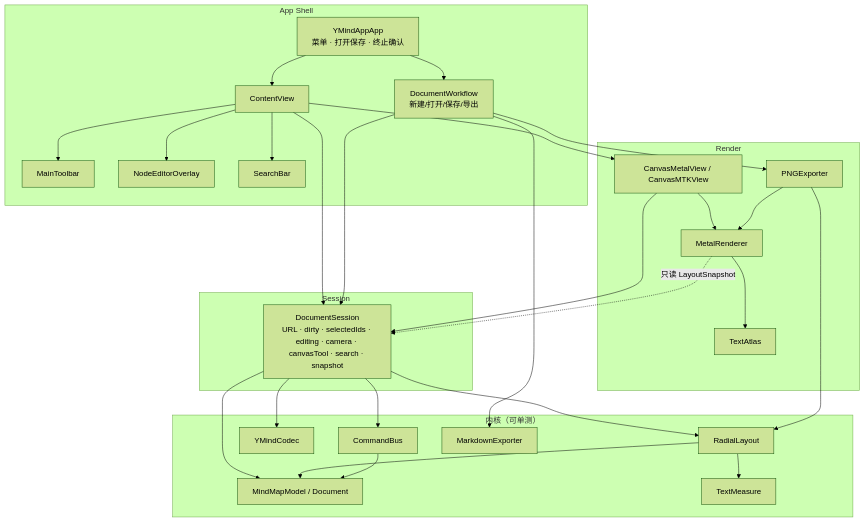
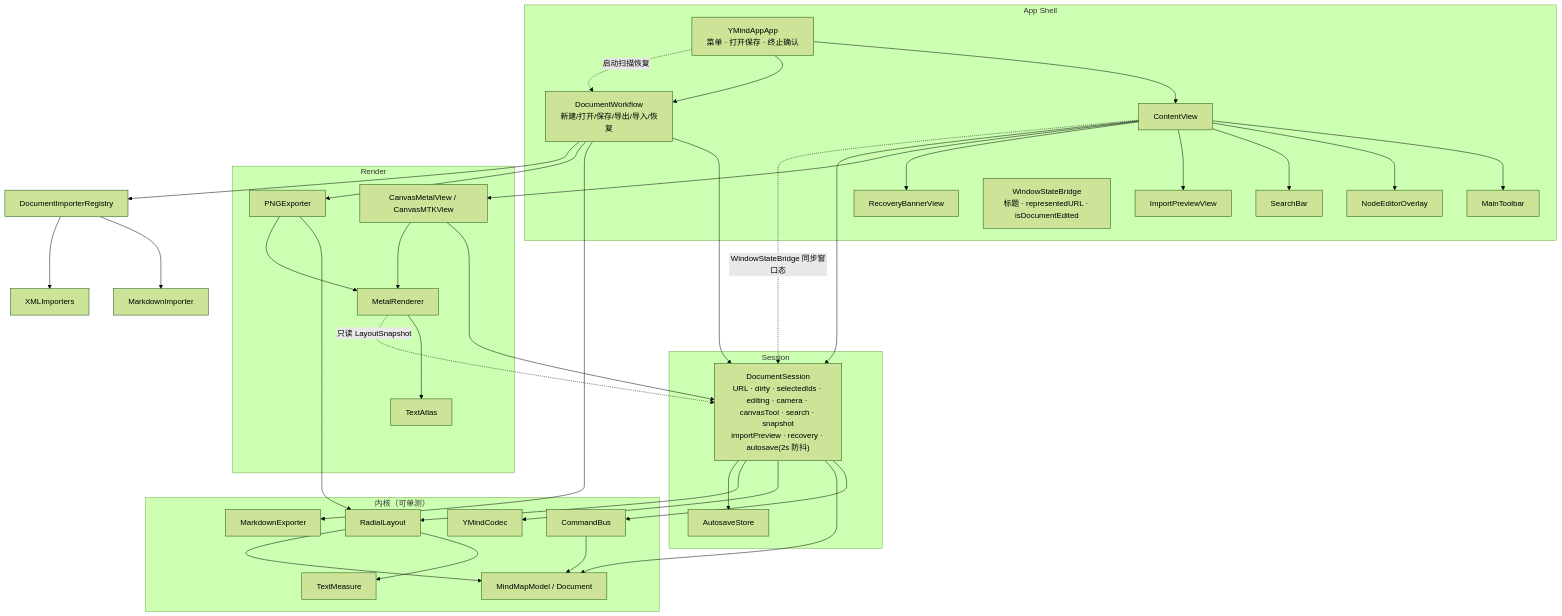
The first of 5 diagrams in docs/架构现状.md (LieonShelly/Linva), drawn with Mermaid (forest theme) before and after one commit. The commit also changed other lines of this file and 8 other files, not shown here.

````diff
--- a/docs/架构现状.md
+++ b/docs/架构现状.md
@@ -61,55 +61,67 @@
 ```mermaid
 flowchart TB
   subgraph Shell["App Shell"]
     App["YMindAppApp<br/>菜单 · 打开保存 · 终止确认"]
-    WF["DocumentWorkflow<br/>新建/打开/保存/导出"]
+    WF["DocumentWorkflow<br/>新建/打开/保存/导出/导入/恢复"]
     CV["ContentView"]
     TB["MainToolbar"]
     Ed["NodeEditorOverlay"]
     SB["SearchBar"]
+    IP["ImportPreviewView"]
+    RB["RecoveryBannerView"]
+    WB["WindowStateBridge<br/>标题 · representedURL · isDocumentEdited"]
   end
 
   subgraph SessionLayer["Session"]
-    DS["DocumentSession<br/>URL · dirty · selectedIds · editing · camera · canvasTool · search · snapshot"]
+    DS["DocumentSession<br/>URL · dirty · selectedIds · editing · camera · canvasTool · search · snapshot<br/>importPreview · recovery · autosave(2s 防抖)"]
+    AS["AutosaveStore"]
   end
 
   subgraph Core["内核（可单测）"]
     Bus["CommandBus"]
     Model["MindMapModel / Document"]
     Codec["YMindCodec"]
     Measure["TextMeasure"]
     Layout["RadialLayout"]
     MD["MarkdownExporter"]
   end
 
   subgraph RenderLayer["Render"]
     Canvas["CanvasMetalView / CanvasMTKView"]
     Metal["MetalRenderer"]
     Atlas["TextAtlas"]
     PNG["PNGExporter"]
   end
 
   App --> CV
   App --> WF
+  App -.->|"启动扫描恢复"| WF
   CV --> TB
   CV --> Ed
   CV --> SB
+  CV --> IP
+  CV --> RB
   CV --> Canvas
   CV --> DS
+  CV -.->|"WindowStateBridge 同步窗口态"| DS
   WF --> DS
   WF --> MD
   WF --> PNG
+  WF --> Reg["DocumentImporterRegistry"]
+  Reg --> MImp["MarkdownImporter"]
+  Reg --> XImp["XMLImporters"]
   DS --> Bus
   DS --> Model
   DS --> Codec
   DS --> Layout
+  DS --> AS
   Layout --> Measure
   Layout --> Model
   Bus --> Model
   Canvas --> DS
   Canvas --> Metal
   Metal --> Atlas
   PNG --> Layout
   PNG --> Metal
   Metal -.->|"只读 LayoutSnapshot"| DS
 ```
````
